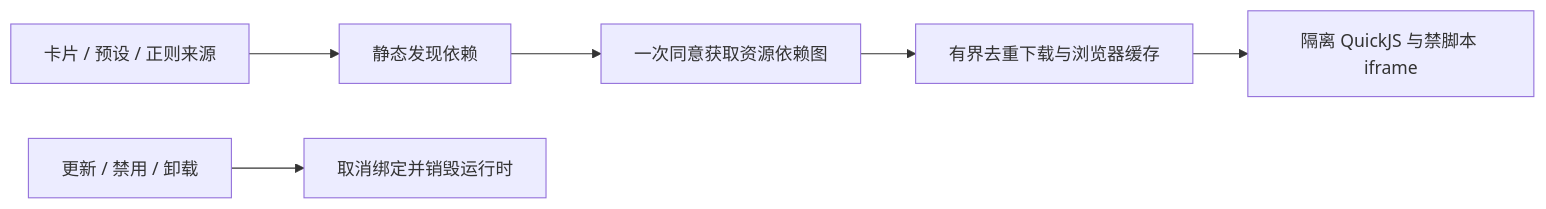
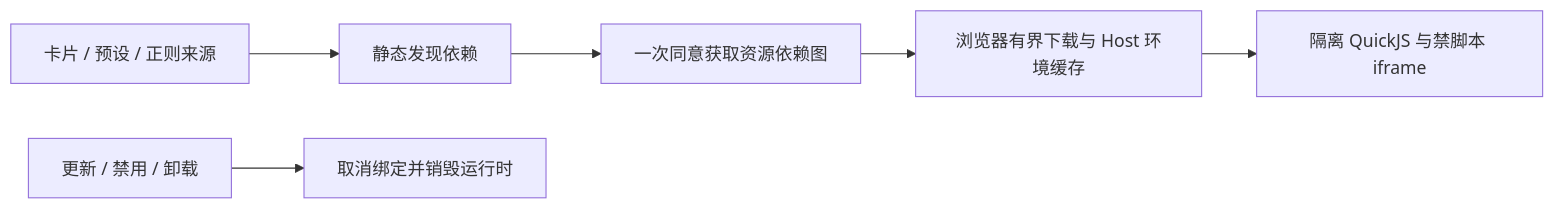
The third of 3 diagrams in docs/CONVERSATION_PRESENTATION.md (Player-MINEPIG/dsh-tavern), drawn with Mermaid before and after one commit. The commit also changed other lines of this file and 22 other files, not shown here.

````diff
--- a/docs/CONVERSATION_PRESENTATION.md
+++ b/docs/CONVERSATION_PRESENTATION.md
@@ -196,8 +196,8 @@
 ```mermaid
 flowchart LR
   A[卡片 / 预设 / 正则来源] --> B[静态发现依赖]
   B --> C[一次同意获取资源依赖图]
-  C --> D[有界去重下载与浏览器缓存]
+  C --> D[浏览器有界下载与 Host 环境缓存]
   D --> E[隔离 QuickJS 与禁脚本 iframe]
   F[更新 / 禁用 / 卸载] --> G[取消绑定并销毁运行时]
 ```
````
